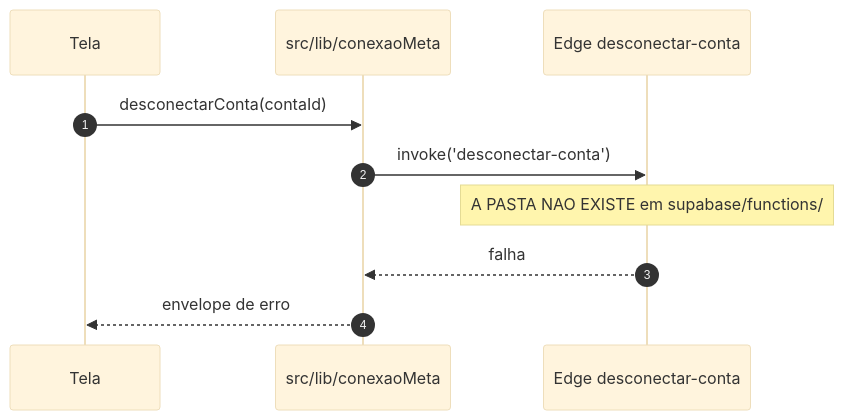
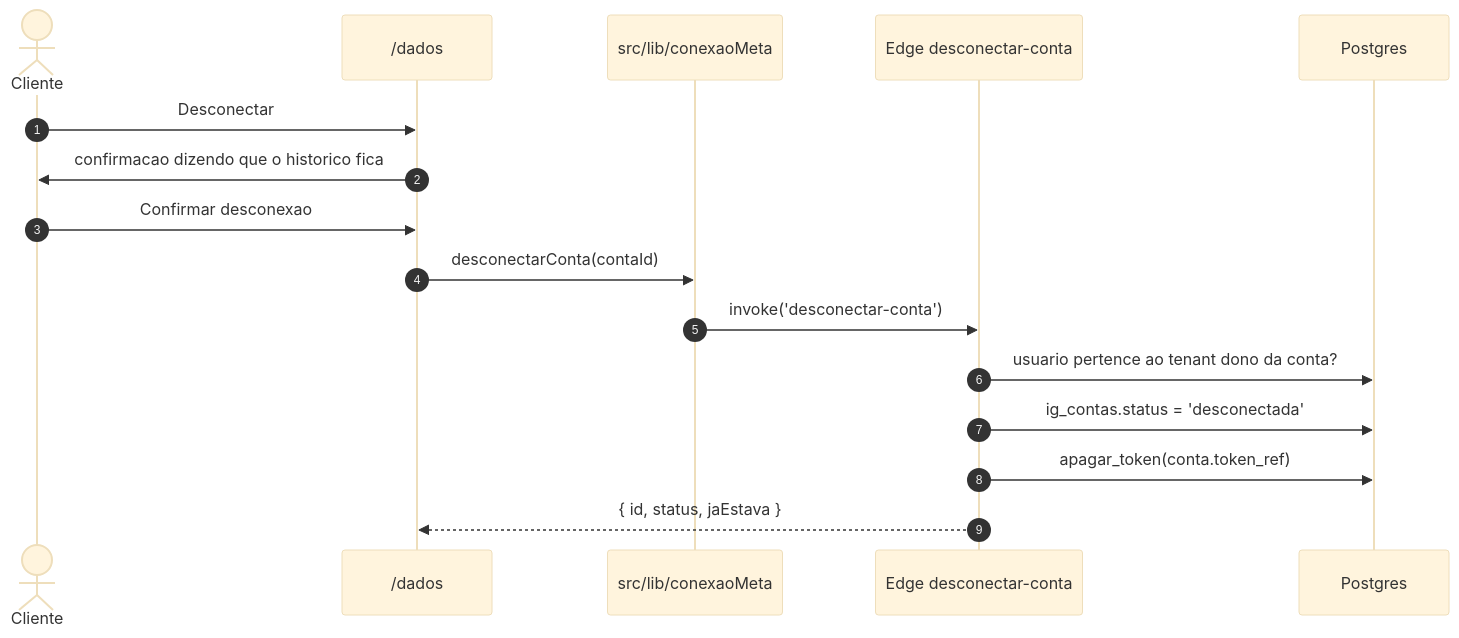
The third of 4 diagrams in docs/05_FLUXOS/fluxo-conexao.md (korabusinessnetwork/kora-insights), drawn with Mermaid (base theme) before and after one commit. The commit also changed other lines of this file and 11 other files, not shown here.

````diff
--- a/docs/05_FLUXOS/fluxo-conexao.md
+++ b/docs/05_FLUXOS/fluxo-conexao.md
@@ -165,13 +168,19 @@
 ```mermaid
 sequenceDiagram
     autonumber
-    participant Tela
+    actor Cliente
+    participant Tela as /dados
     participant Servicos as src/lib/conexaoMeta
     participant Funcao as Edge desconectar-conta
+    participant PG as Postgres
 
+    Cliente->>Tela: Desconectar
+    Tela->>Cliente: confirmacao dizendo que o historico fica
+    Cliente->>Tela: Confirmar desconexao
     Tela->>Servicos: desconectarConta(contaId)
     Servicos->>Funcao: invoke('desconectar-conta')
-    Note over Funcao: A PASTA NAO EXISTE em supabase/functions/
-    Funcao-->>Servicos: falha
-    Servicos-->>Tela: envelope de erro
+    Funcao->>PG: usuario pertence ao tenant dono da conta?
+    Funcao->>PG: ig_contas.status = 'desconectada'
+    Funcao->>PG: apagar_token(conta.token_ref)
+    Funcao-->>Tela: { id, status, jaEstava }
 ```
````
